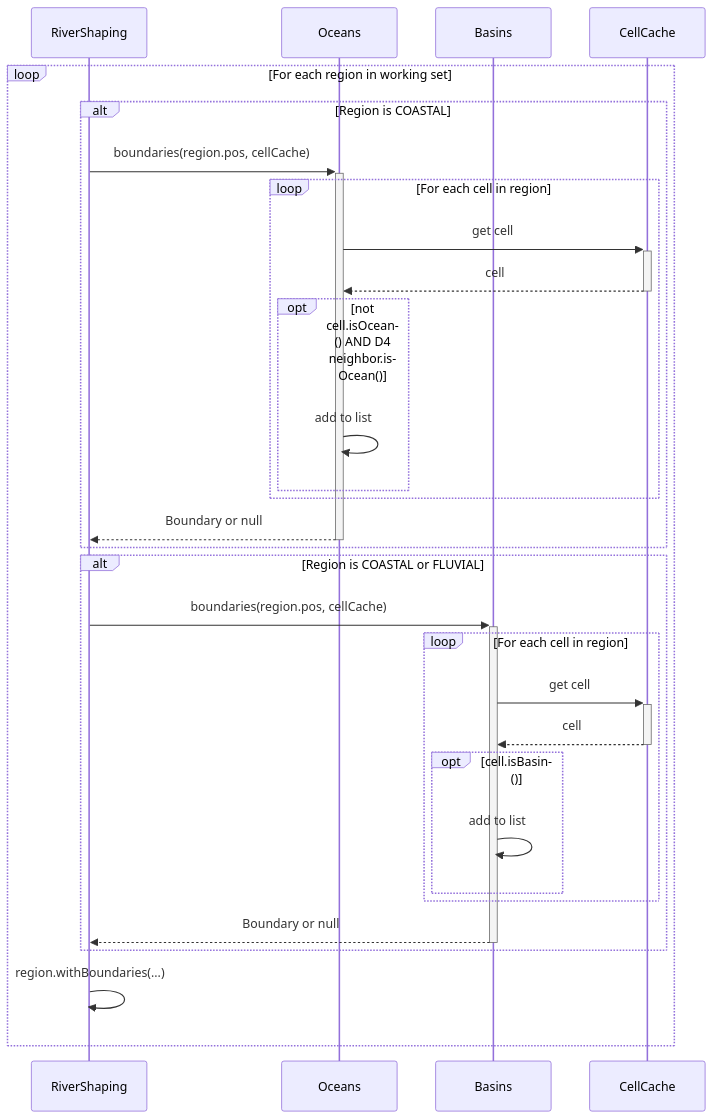
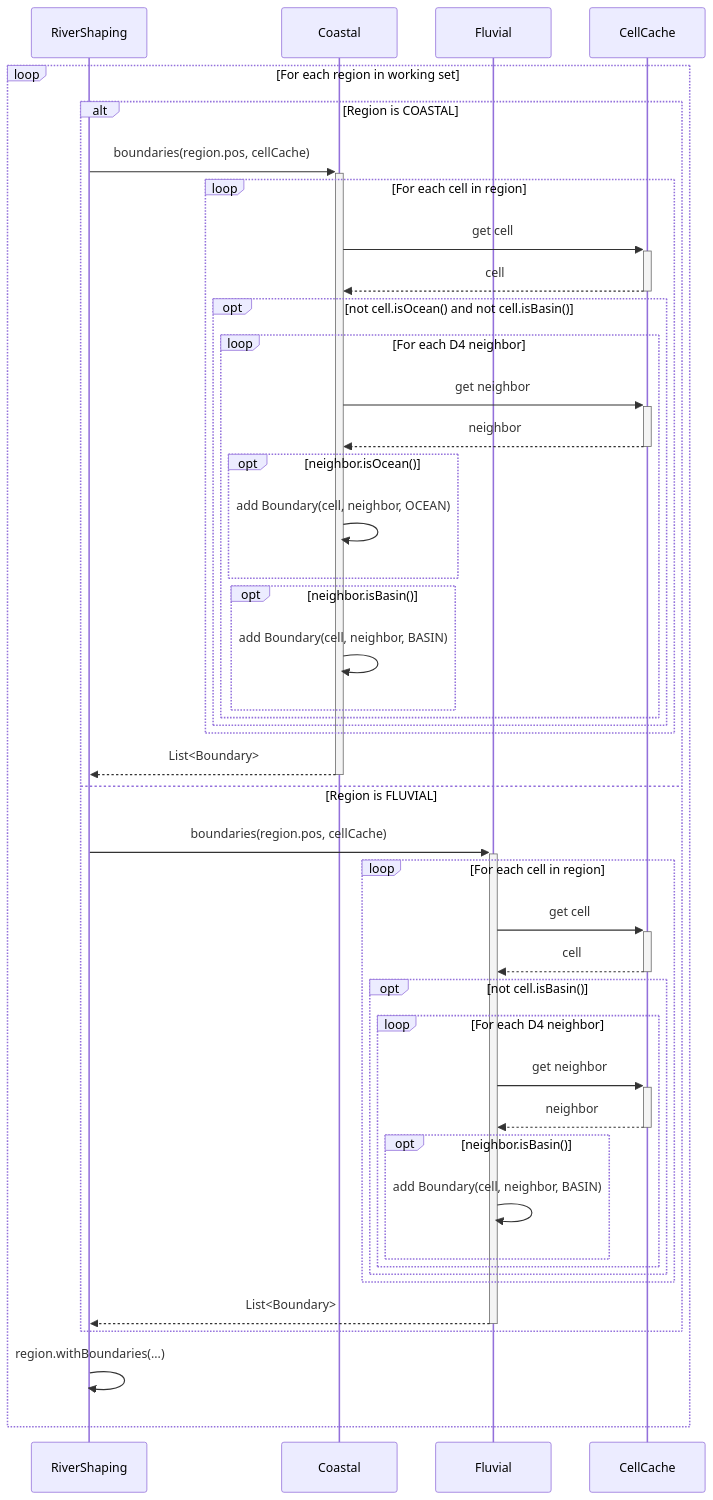
Before and after one commit to SoSly/RiverTale: the first of 2 diagrams in docs/features/rivers/Boundary Identification.md, drawn with Mermaid. The commit also changed other lines of this file and 18 other files, not shown here.

First line of the commit message:
refactor: change boundary from cell-list to face representation

````diff
--- a/docs/features/rivers/Boundary Identification.md
+++ b/docs/features/rivers/Boundary Identification.md
@@ -31,35 +31,49 @@
 ```mermaid
 sequenceDiagram
     participant RiverShaping
-    participant Oceans
-    participant Basins
+    participant Coastal
+    participant Fluvial
     participant CellCache
 
     loop For each region in working set
         alt Region is COASTAL
-            RiverShaping ->>+ Oceans: boundaries(region.pos, cellCache)
+            RiverShaping ->>+ Coastal: boundaries(region.pos, cellCache)
             loop For each cell in region
-                Oceans ->>+ CellCache: get cell
-                CellCache -->>- Oceans: cell
-                opt not cell.isOcean() AND D4 neighbor.isOcean()
-                    Oceans ->> Oceans: add to list
+                Coastal ->>+ CellCache: get cell
+                CellCache -->>- Coastal: cell
+                opt not cell.isOcean() and not cell.isBasin()
+                    loop For each D4 neighbor
+                        Coastal ->>+ CellCache: get neighbor
+                        CellCache -->>- Coastal: neighbor
+                        opt neighbor.isOcean()
+                            Coastal ->> Coastal: add Boundary(cell, neighbor, OCEAN)
+                        end
+                        opt neighbor.isBasin()
+                            Coastal ->> Coastal: add Boundary(cell, neighbor, BASIN)
+                        end
+                    end
                 end
             end
-            Oceans -->>- RiverShaping: Boundary or null
-        end
+            Coastal -->>- RiverShaping: List<Boundary>
 
-        alt Region is COASTAL or FLUVIAL
-            RiverShaping ->>+ Basins: boundaries(region.pos, cellCache)
+        else Region is FLUVIAL
+            RiverShaping ->>+ Fluvial: boundaries(region.pos, cellCache)
             loop For each cell in region
-                Basins ->>+ CellCache: get cell
-                CellCache -->>- Basins: cell
-                opt cell.isBasin()
-                    Basins ->> Basins: add to list
+                Fluvial ->>+ CellCache: get cell
+                CellCache -->>- Fluvial: cell
+                opt not cell.isBasin()
+                    loop For each D4 neighbor
+                        Fluvial ->>+ CellCache: get neighbor
+                        CellCache -->>- Fluvial: neighbor
+                        opt neighbor.isBasin()
+                            Fluvial ->> Fluvial: add Boundary(cell, neighbor, BASIN)
+                        end
+                    end
                 end
             end
-            Basins -->>- RiverShaping: Boundary or null
+            Fluvial -->>- RiverShaping: List<Boundary>
         end
 
         RiverShaping ->> RiverShaping: region.withBoundaries(...)
     end
 ```
````
